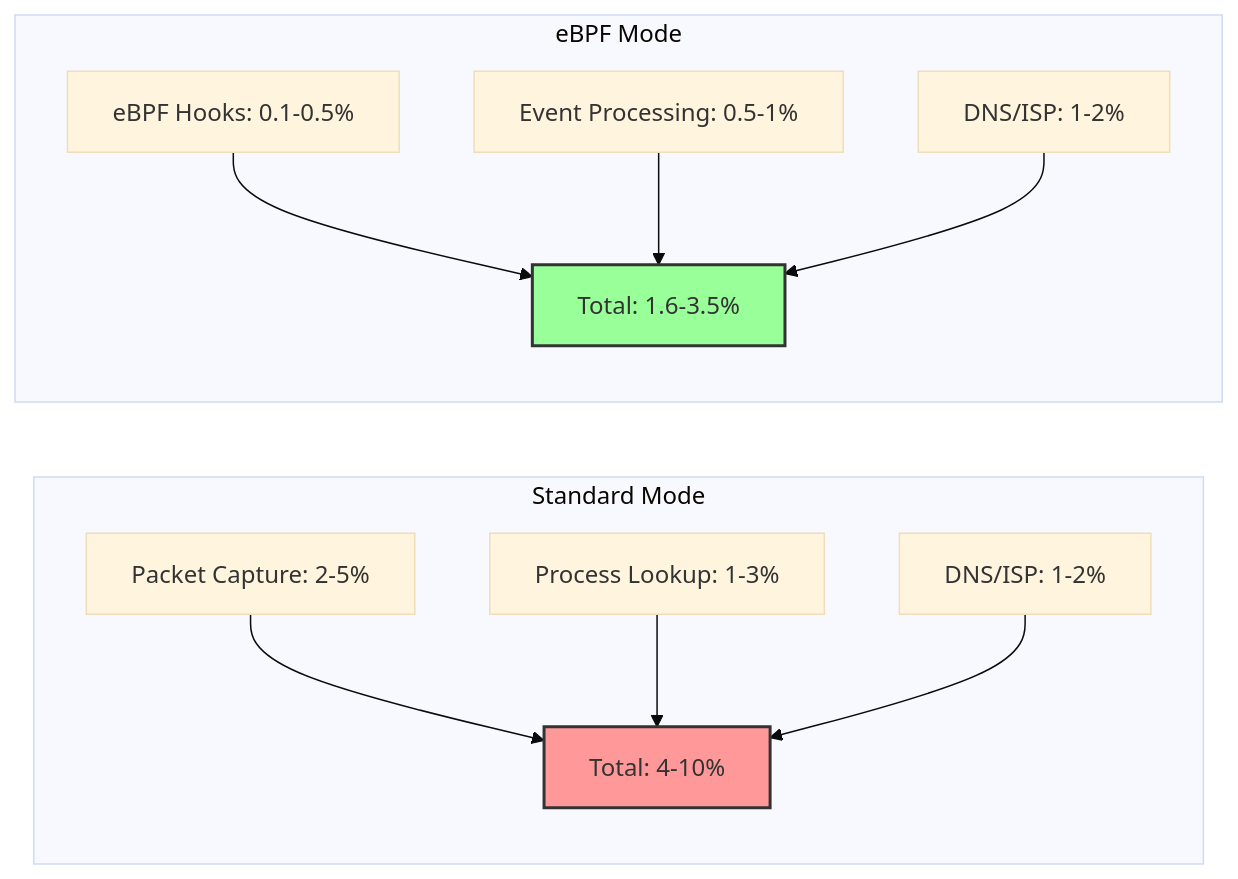
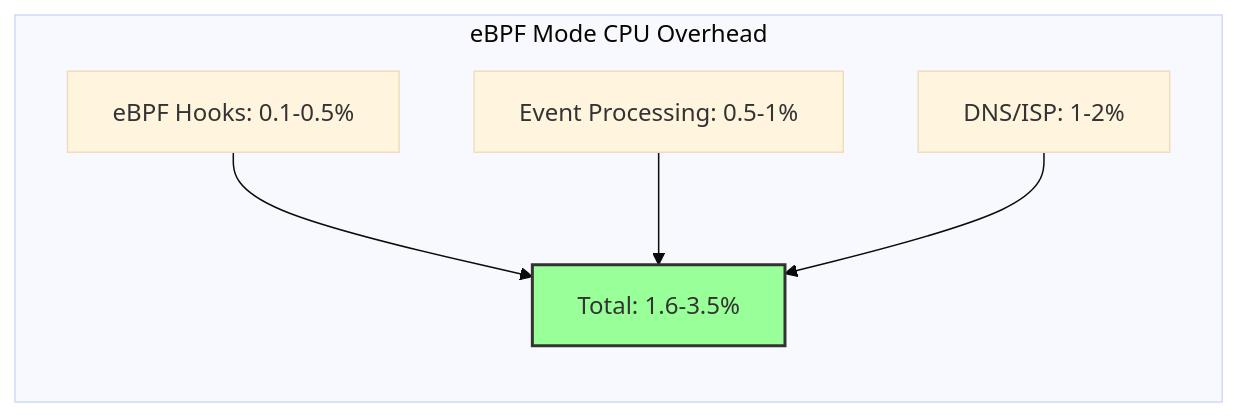
One commit to abstratium-dev/abnemo changed the tenth of 15 diagrams in docs/DESIGN.md. Above: the diagram before and after it, drawn with Mermaid (base theme). The commit also changed other lines of this file and 17 other files, not shown here.

Commit message:
making ebpf standard; improving process; etc.

````diff
--- a/docs/DESIGN.md
+++ b/docs/DESIGN.md
@@ -488,27 +402,15 @@
 ```mermaid
 graph LR
-    subgraph "Standard Mode"
-        S1[Packet Capture: 2-5%]
-        S2[Process Lookup: 1-3%]
-        S3[DNS/ISP: 1-2%]
-        STOTAL[Total: 4-10%]
-        
-        S1 --> STOTAL
-        S2 --> STOTAL
-        S3 --> STOTAL
-    end
-    
-    subgraph "eBPF Mode"
+    subgraph "eBPF Mode CPU Overhead"
         E1[eBPF Hooks: 0.1-0.5%]
         E2[Event Processing: 0.5-1%]
         E3[DNS/ISP: 1-2%]
         ETOTAL[Total: 1.6-3.5%]
         
         E1 --> ETOTAL
         E2 --> ETOTAL
         E3 --> ETOTAL
     end
     
-    style STOTAL fill:#f99,stroke:#333,stroke-width:2px
     style ETOTAL fill:#9f9,stroke:#333,stroke-width:2px
 ```
````
